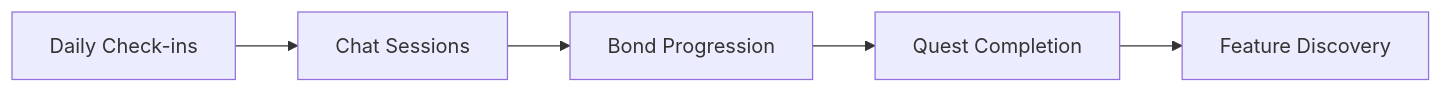
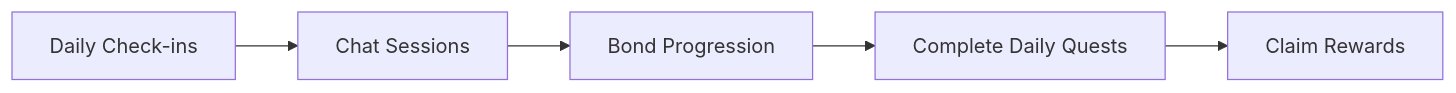
Before and after one commit to salieri009/Re-MirAI: the fifth of 6 diagrams in docs/04-user-experience/01-User-Journey-Map.md, drawn with Mermaid. The commit also changed other lines of this file and 6 other files, not shown here.

````diff
--- a/docs/04-user-experience/01-User-Journey-Map.md
+++ b/docs/04-user-experience/01-User-Journey-Map.md
@@ -219,4 +219,4 @@
 ```mermaid
 graph LR
-    A[Daily Check-ins] --> B[Chat Sessions] --> C[Bond Progression] --> D[Quest Completion] --> E[Feature Discovery]
+    A[Daily Check-ins] --> B[Chat Sessions] --> C[Bond Progression] --> D[Complete Daily Quests] --> E[Claim Rewards]
 ```
````
